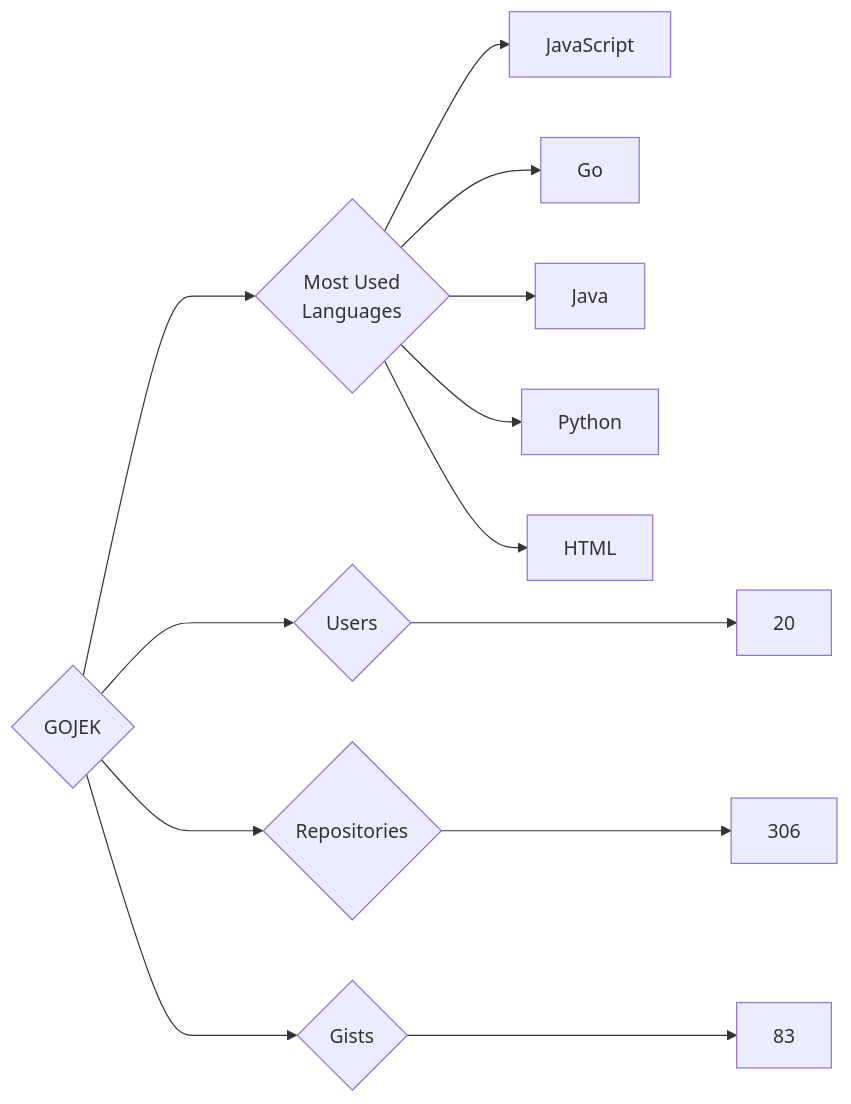
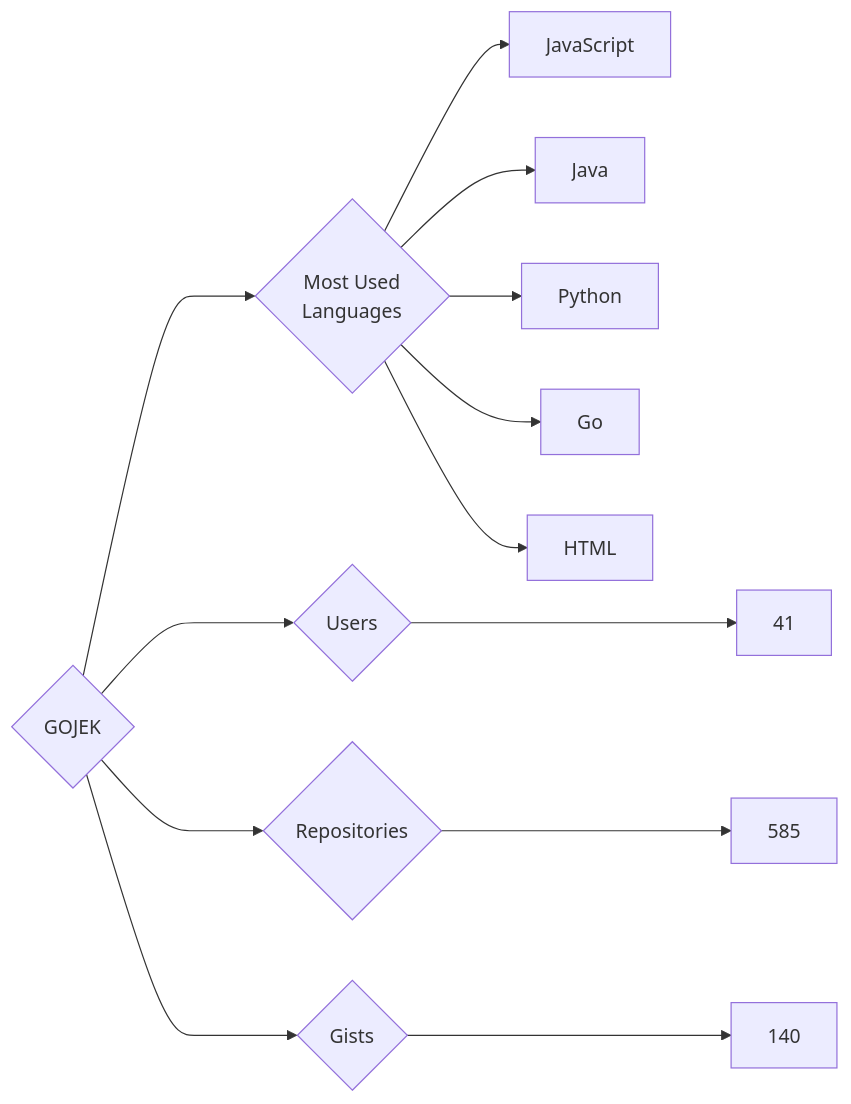
The diagram in targets/GOJEK/README.md (trickest/insiders), drawn with Mermaid before and after one commit. The commit also changed 930 other files, not shown here.

````diff
--- a/targets/GOJEK/README.md
+++ b/targets/GOJEK/README.md
@@ -3,13 +3,13 @@
 ```mermaid
 graph LR
 COMPANY_NAME{GOJEK}
-COMPANY_NAME ---> U{Users} ---> UN[20]
-COMPANY_NAME ---> R{Repositories} ---> RN[306]
-COMPANY_NAME ---> G{Gists} ---> GN[83]
+COMPANY_NAME ---> U{Users} ---> UN[41]
+COMPANY_NAME ---> R{Repositories} ---> RN[585]
+COMPANY_NAME ---> G{Gists} ---> GN[140]
 COMPANY_NAME ---> ML{Most Used<br>Languages}
 ML --> JavaScript[JavaScript]
-ML --> Go[Go]
 ML --> Java[Java]
 ML --> Python[Python]
+ML --> Go[Go]
 ML --> HTML[HTML]
 ```
````
